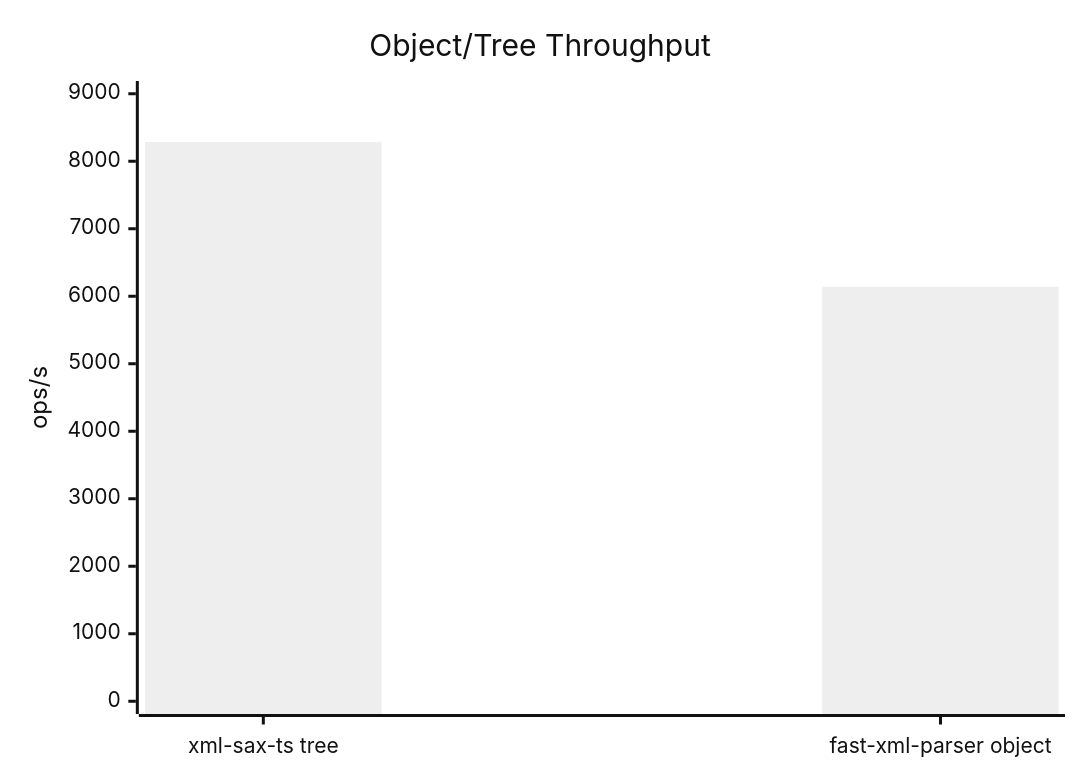
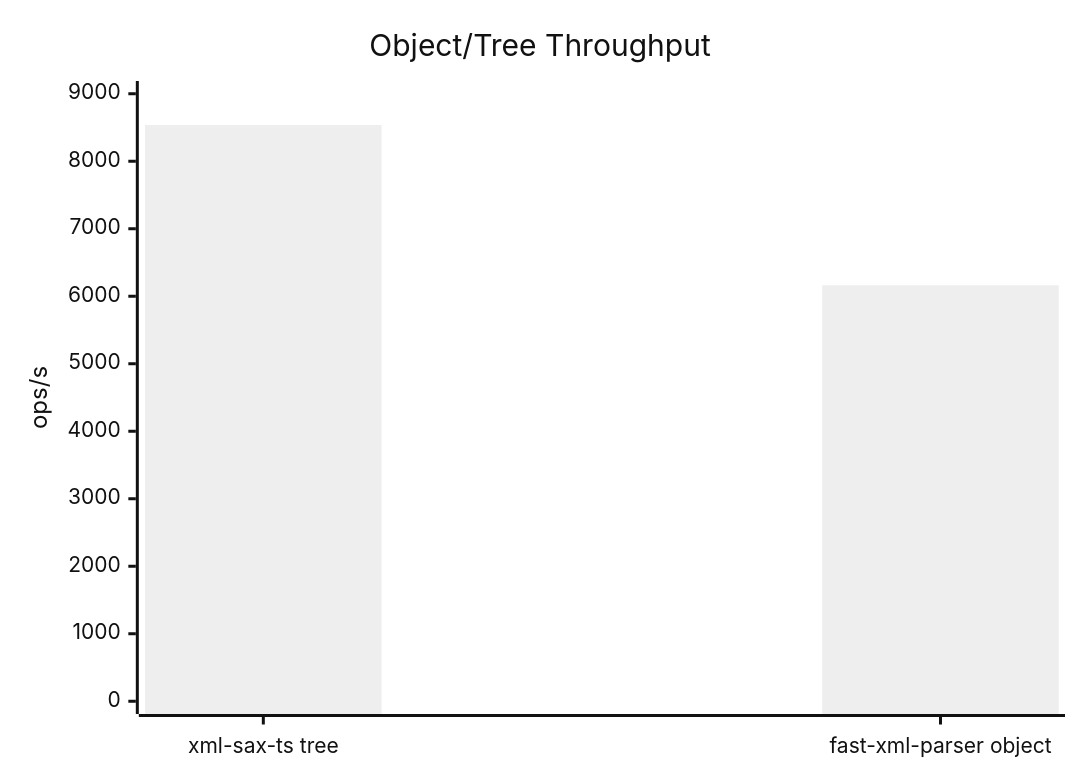
The second of 3 diagrams in README.md (aaronzi/xml-sax-ts), drawn with Mermaid (neutral theme) before and after one commit. The commit also changed other lines of this file and 1 other file, not shown here.

````diff
--- a/README.md
+++ b/README.md
@@ -217,7 +217,7 @@
 ```mermaid
 xychart-beta
   title "Object/Tree Throughput"
   x-axis ["xml-sax-ts tree", "fast-xml-parser object"]
   y-axis "ops/s" 0 --> 9000
-  bar [8283.71, 6140.67]
+  bar [8537.02, 6163.08]
 ```
````
